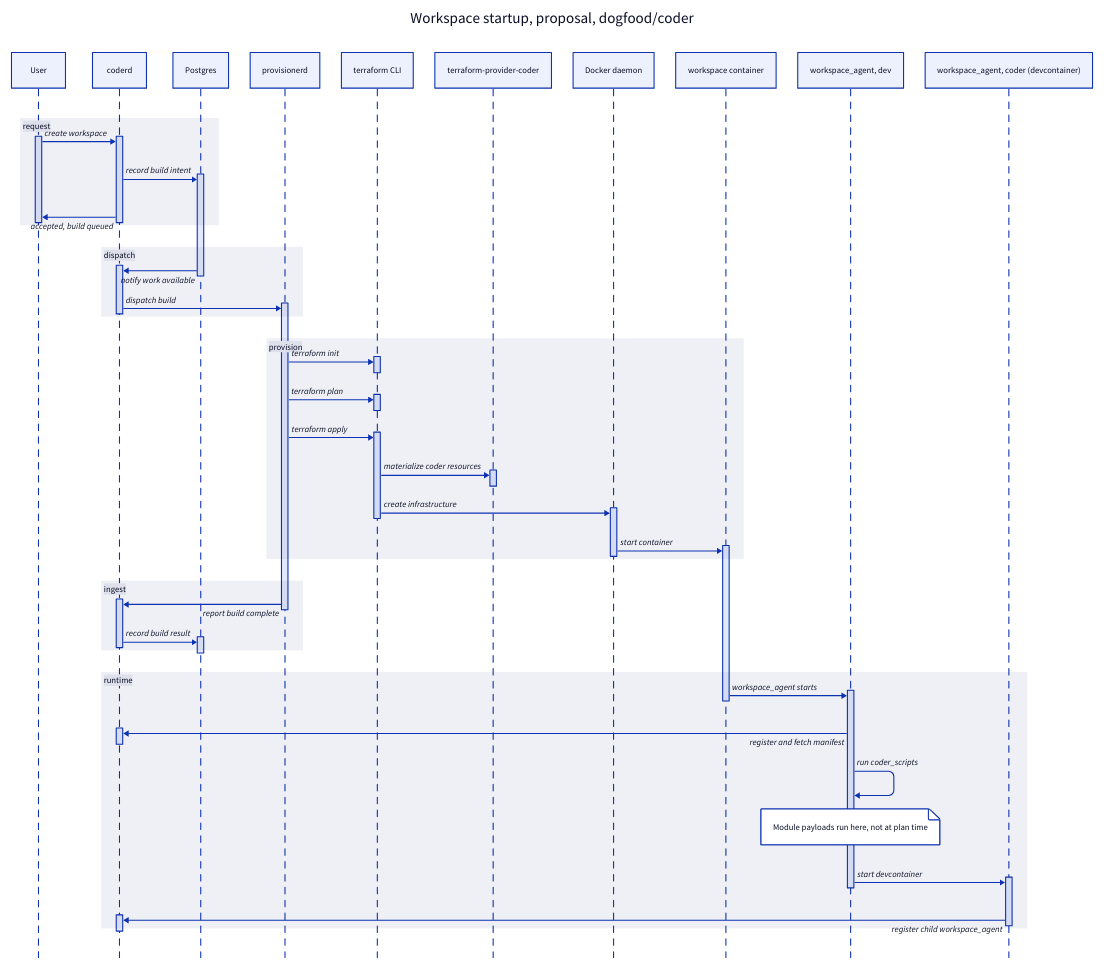
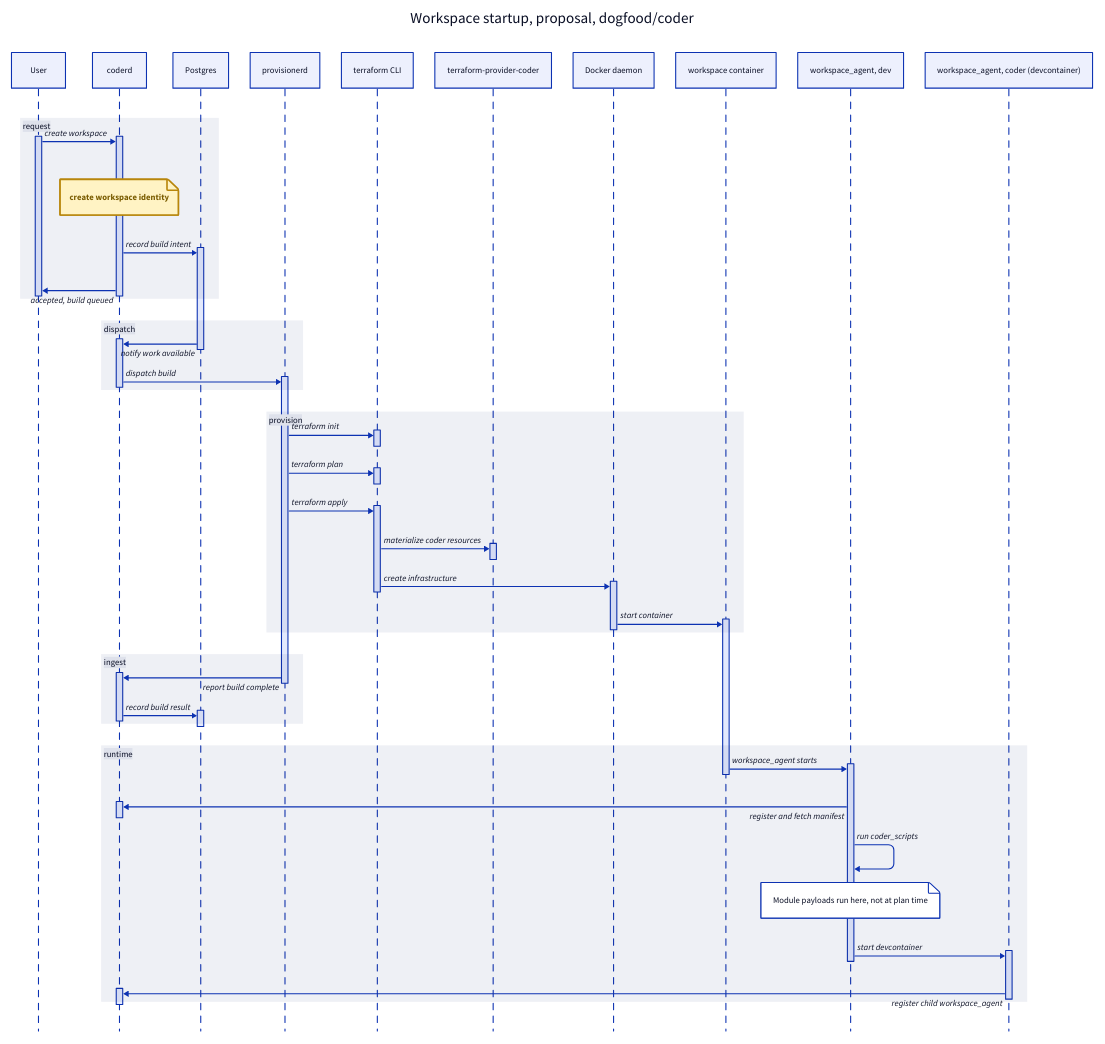
The diagram in poc_audit/workspace_startup_proposal.d2 (coder/coder), drawn with D2 before and after one commit. The commit also changed 1 other file, not shown here.

Commit message:
docs(poc_audit): mark workspace identity creation in the proposal
Adds a note on the coderd.create activation reading "create workspace
identity", carrying the auditable class. It sits between the incoming
create workspace message and the build intent write, which is where
uuid.New() actually runs: as an argument evaluated before the insert.

The note carries a citation comment with two git anchors, because they
decay differently. The line number is valid at the current tigre tree;
the line's content was last written by a commit already reachable from
origin/main, so that anchor survives line drift. The comment also
records that the citation must be re-pointed at a commit on main before
this diagram leaves prototype status.

Also brings the auditable class definition into this file, matching the
tooling test, and states in the header that absence of the class means
not yet considered rather than decided not auditable.

The identifiers for the workspace build and the provisioner job are
minted in the same activation and are deliberately not shown.

Verified additive against the as-built diagram: no as-built line is
absent from the proposal, and exactly one diagram line was added.

```diff
--- a/poc_audit/workspace_startup_proposal.d2
+++ b/poc_audit/workspace_startup_proposal.d2
@@ -1,139 +1,177 @@
 # Proposal: starting a workspace from the dogfood/coder template.
 #
 # Revision 1, derived verbatim from workspace_startup_asbuilt.d2 revision 6.
 # Only the title and this header differ so far.
 #
 # RELATIONSHIP TO THE AS BUILT DIAGRAM
 #
 # This diagram is additive with respect to workspace_startup_asbuilt.d2.
 # Lifelines, activations, messages, and notes may be added here. Nothing
 # present in the as built diagram may be removed from this one: no lifeline,
 # no activation bar, no message. Existing elements may be annotated, but the
 # flow they describe stands, because it describes what the system actually
 # does today.
 #
 # The as built diagram is frozen. Changes belong here.
 #
 # Message naming: each message is named for what the control flow means, not
 # for its parameters and not by its internal API name.
 #
 # Label placement: messages use source-arrowhead labels so the text sits near
 # the origin of the arrow rather than centred on it. Long labels are clamped
 # back toward the centre by the layout engine.
 #
 # Scope:
 #   - Success paths only. Anything that could fail is taken to succeed.
 #   - Authentication and authorization are omitted, and assumed to succeed.
 #   - No prebuilds. One workspace, created directly at the request of a user.
 #   - No alternate paths.
 #   - Wait and loop mechanics are omitted. provisionerd is already waiting for
 #     work before the user acts, and returns to waiting afterward.
 #   - No audit journal lifeline yet. Auditable events are expected to be
 #     marked on the timelines here, mostly as notes on activation bars.
 #
 # Collapsed on purpose:
 #   - All UI, CLI, and API flow is folded into the first user arrow.
 #   - Pubsub and backup polling are reduced to one message.
 #   - Terraform inspection commands are not shown.
 #   - Dependency resolution during terraform init is not shown. Providers
 #     resolve from the Terraform registry and are cached across builds via
 #     TF_PLUGIN_CACHE_DIR; modules resolve from Coder registries and, in one
 #     case, from Git. That is a supply chain concern rather than a control
 #     flow one, and needs its own treatment.
 #   - coder_script execution is a self message on the workspace_agent. That
 #     one arrow stands for N concurrent OS processes, started together in an
 #     errgroup, each with its own log file and timeout. The scripts come both
 #     from the template directly, such as install-deps and
 #     boundary_config_setup, and from Coder modules. Cron only scripts, such
 #     as go-cache-cleanup-cron, are scheduled rather than run at startup, so
 #     they are not part of this arrow at all.
 #   - Terraform providers other than coder and docker are not shown.
 #
 # Terminology follows poc_audit/audit_approach.md: workspace_agent is always
 # written in full and never shortened to "agent", since the bare word is
 # reserved for the principal and agent sense.
+#
+# Auditable events carry the "auditable" class. d2 classes are purely visual,
+# so the marking needs a legend to be self-explanatory. Which events are
+# marked is a design choice still being made, so absence of the class means
+# "not yet considered" rather than "decided not auditable".
+
+classes: {
+  auditable: {
+    style: {
+      stroke: "#B8860B"
+      stroke-width: 3
+      bold: true
+      font-color: "#7A5C00"
+      fill: "#FFF3C4"
+    }
+  }
+}
 
 startup: Workspace startup, proposal, dogfood/coder {
   shape: sequence_diagram
 
   user: User
   coderd: coderd
   db: Postgres
   pd: provisionerd
   tf: terraform CLI
   prov: terraform-provider-coder
   docker: Docker daemon
   ctr: workspace container
   agent: workspace_agent, dev
   dc: workspace_agent, coder (devcontainer)
 
   request: {
     user.req -> coderd.create: {
       source-arrowhead.label: create workspace
     }
+
+    # Citation for the note below.
+    #
+    #   coderd/workspaces.go:724      ID: uuid.New()
+    #   inside the InsertWorkspaceParams passed to db.InsertWorkspace on the
+    #   preceding line, within the transaction opened at :646.
+    #
+    #   Line number valid at tree 26d5b2e2d21b8c77ab420a3dd04d78cf6a101dc9
+    #   on branch tigre. The line itself was last written by commit
+    #   118f12ac3abc7e0d607392654b6e85bcf0c8af8c, which is already reachable
+    #   from origin/main, so the content citation is durable even though the
+    #   line number is tied to this tree.
+    #
+    #   REMINDER: tigre is a prototype branch that will never merge. Before
+    #   this diagram leaves prototype status, re-point this citation at a
+    #   commit on main and re-check the line number, which will have moved.
+    #
+    # This diagram ignores the identifiers for the workspace build and the
+    # provisioner job, which are minted in the same activation.
+    coderd.create.identity: create workspace identity { class: auditable }
+
     coderd.create -> db.intent: {
       source-arrowhead.label: record build intent
     }
     coderd.create -> user.req: {
       source-arrowhead.label: accepted, build queued
     }
   }
 
   dispatch: {
     db.intent -> coderd.acquirer: {
       source-arrowhead.label: notify work available
     }
     coderd.acquirer -> pd.run: {
       source-arrowhead.label: dispatch build
     }
   }
 
   provision: {
     pd.run -> tf.init: {
       source-arrowhead.label: terraform init
     }
     pd.run -> tf.plan: {
       source-arrowhead.label: terraform plan
     }
     pd.run -> tf.apply: {
       source-arrowhead.label: terraform apply
     }
     tf.apply -> prov.mat: {
       source-arrowhead.label: materialize coder resources
     }
     tf.apply -> docker.create: {
       source-arrowhead.label: create infrastructure
     }
     docker.create -> ctr.boot: {
       source-arrowhead.label: start container
     }
   }
 
   ingest: {
     pd.run -> coderd.complete: {
       source-arrowhead.label: report build complete
     }
     coderd.complete -> db.result: {
       source-arrowhead.label: record build result
     }
   }
 
   runtime: {
     ctr.boot -> agent.up: {
       source-arrowhead.label: workspace_agent starts
     }
     agent.up -> coderd.agentreg: {
       source-arrowhead.label: register and fetch manifest
     }
     agent.up -> agent.up: {
       source-arrowhead.label: run coder_scripts
     }
     agent.up.note: Module payloads run here, not at plan time
     agent.up -> dc.up: {
       source-arrowhead.label: start devcontainer
     }
     dc.up -> coderd.subagentreg: {
       source-arrowhead.label: register child workspace_agent
     }
   }
 }
```
